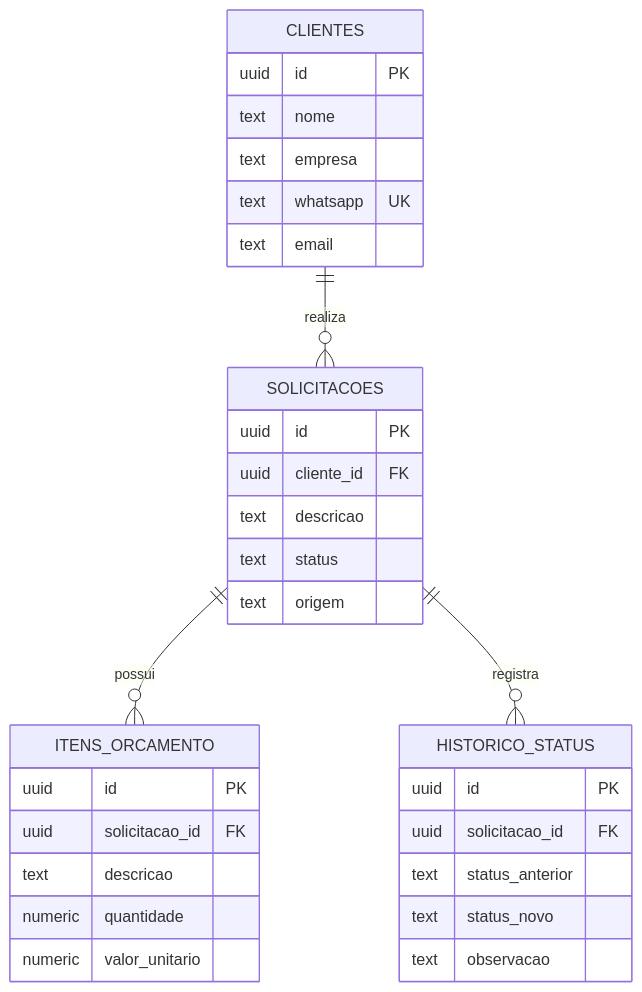
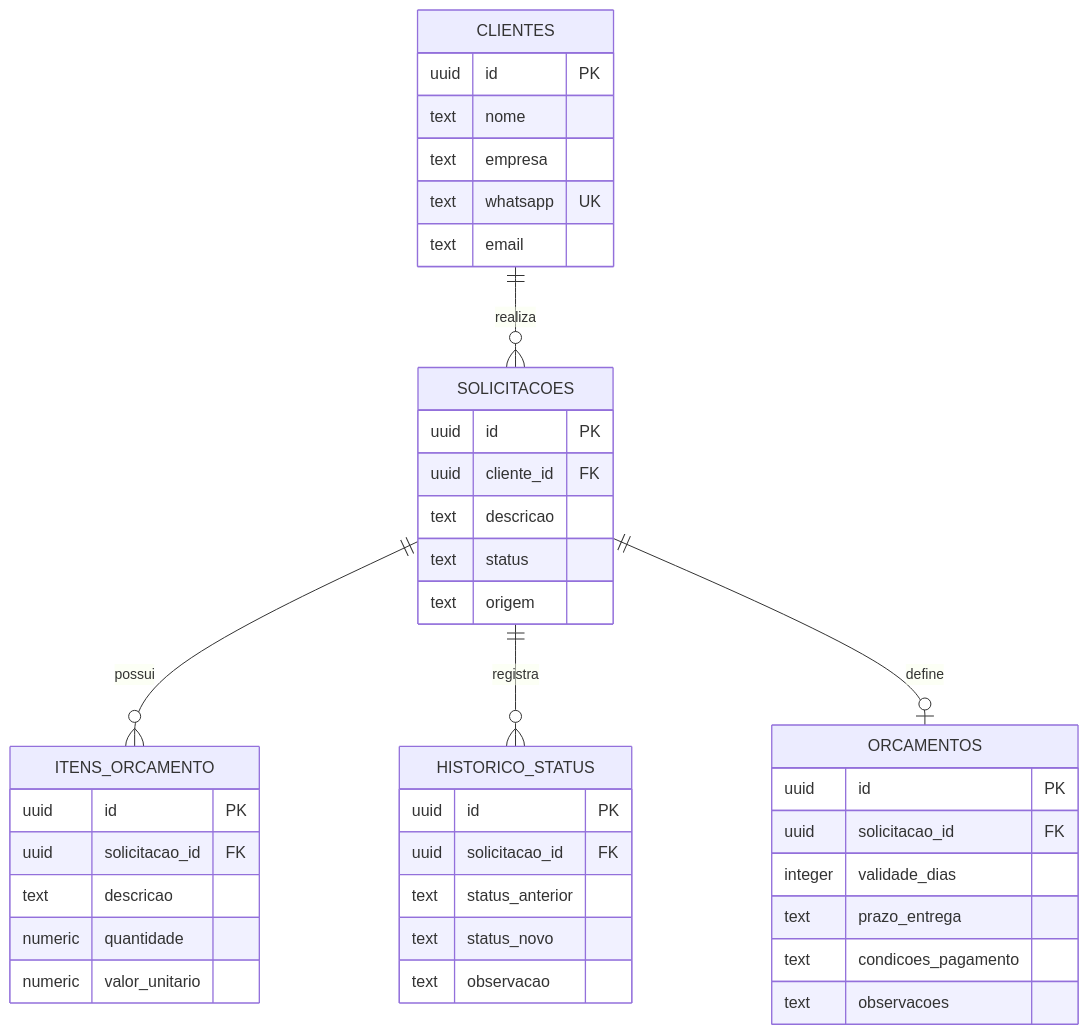
Before and after one commit to Mateusbetini1/Hidraulico-sistema-web: the diagram in docs/banco-de-dados.md, drawn with Mermaid. The commit also changed other lines of this file and 15 other files, not shown here.

````diff
--- a/docs/banco-de-dados.md
+++ b/docs/banco-de-dados.md
@@ -5,35 +5,44 @@
 ```mermaid
 erDiagram
     CLIENTES ||--o{ SOLICITACOES : realiza
     SOLICITACOES ||--o{ ITENS_ORCAMENTO : possui
     SOLICITACOES ||--o{ HISTORICO_STATUS : registra
+    SOLICITACOES ||--o| ORCAMENTOS : define
 
     CLIENTES {
         uuid id PK
         text nome
         text empresa
         text whatsapp UK
         text email
     }
     SOLICITACOES {
         uuid id PK
         uuid cliente_id FK
         text descricao
         text status
         text origem
     }
     ITENS_ORCAMENTO {
         uuid id PK
         uuid solicitacao_id FK
         text descricao
         numeric quantidade
         numeric valor_unitario
     }
     HISTORICO_STATUS {
         uuid id PK
         uuid solicitacao_id FK
         text status_anterior
         text status_novo
         text observacao
     }
+    ORCAMENTOS {
+        uuid id PK
+        uuid solicitacao_id FK
+        integer validade_dias
+        text prazo_entrega
+        text condicoes_pagamento
+        text observacoes
+    }
 ```
````
